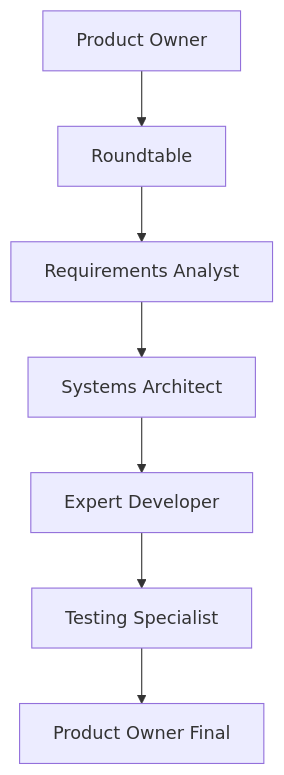
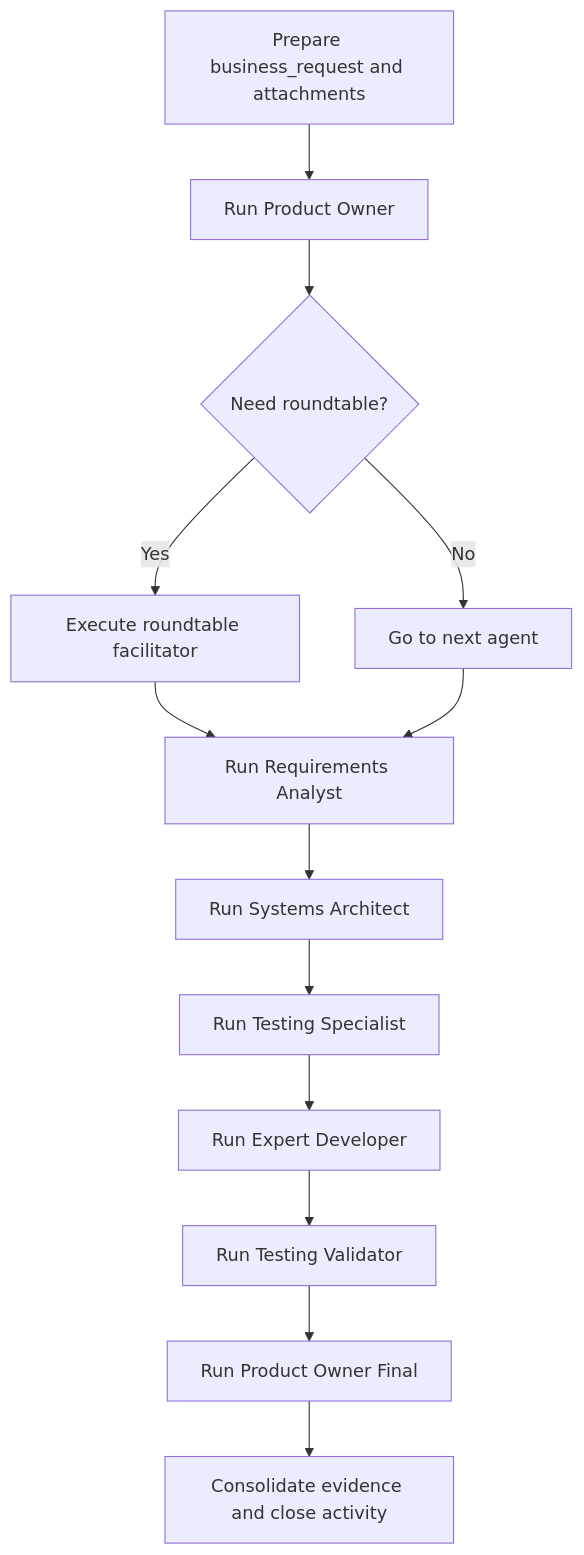
Before and after one commit to eliterickytech/WorkflowAgentsAI: the second of 2 diagrams in .github/copilot-instructions.md, drawn with Mermaid. The commit also changed other lines of this file and 170 other files, not shown here.

````diff
--- a/.github/copilot-instructions.md
+++ b/.github/copilot-instructions.md
@@ -86,9 +41,15 @@
 ```mermaid
-graph TD
-    PO[Product Owner] --> RT[Roundtable]
-    RT --> RA[Requirements Analyst]
-    RA --> SA[Systems Architect]
-    SA --> ED[Expert Developer]
-    ED --> TS[Testing Specialist]
-    TS --> POF[Product Owner Final]
+flowchart TD
+    A[Prepare business_request and attachments] --> B[Run Product Owner]
+    B --> C{Need roundtable?}
+    C -->|Yes| D[Execute roundtable facilitator]
+    C -->|No| E[Go to next agent]
+    D --> F
+    E --> F[Run Requirements Analyst]
+    F --> G[Run Systems Architect]
+    G --> H[Run Testing Specialist]
+    H --> I[Run Expert Developer]
+    I --> J[Run Testing Validator]
+    J --> K[Run Product Owner Final]
+    K --> L[Consolidate evidence and close activity]
 ```
````
